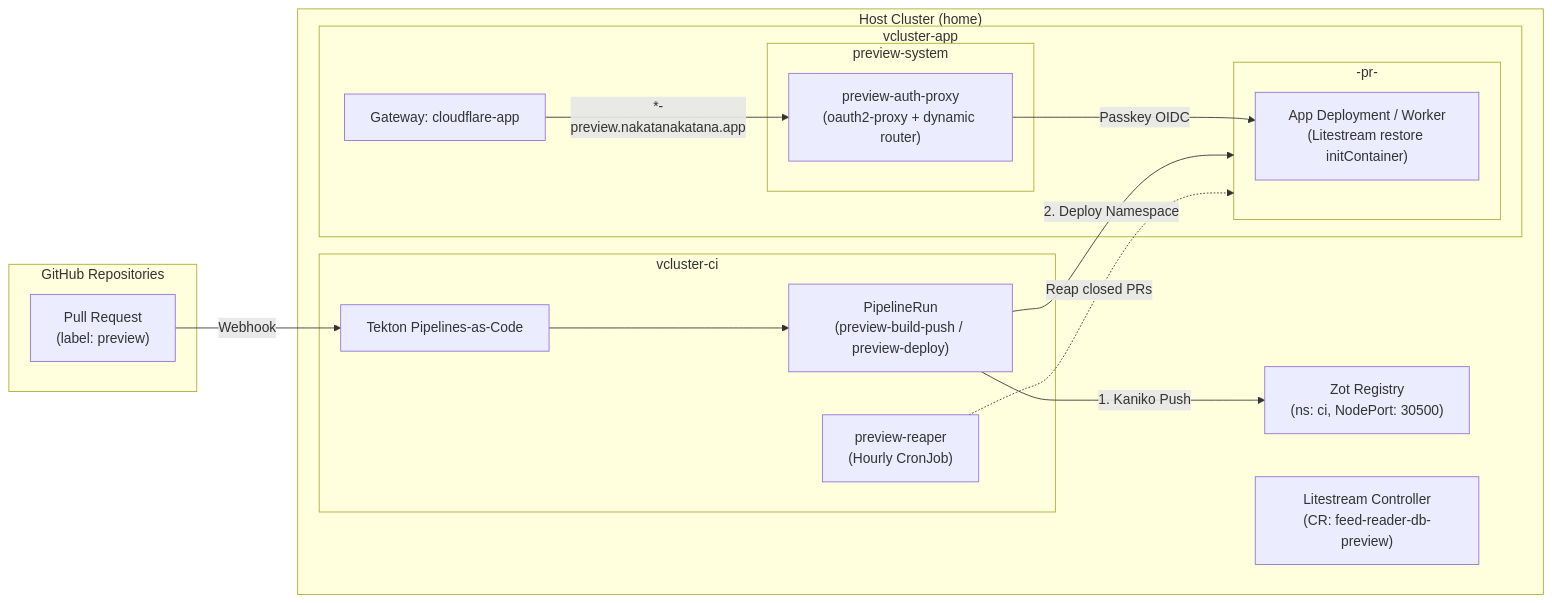
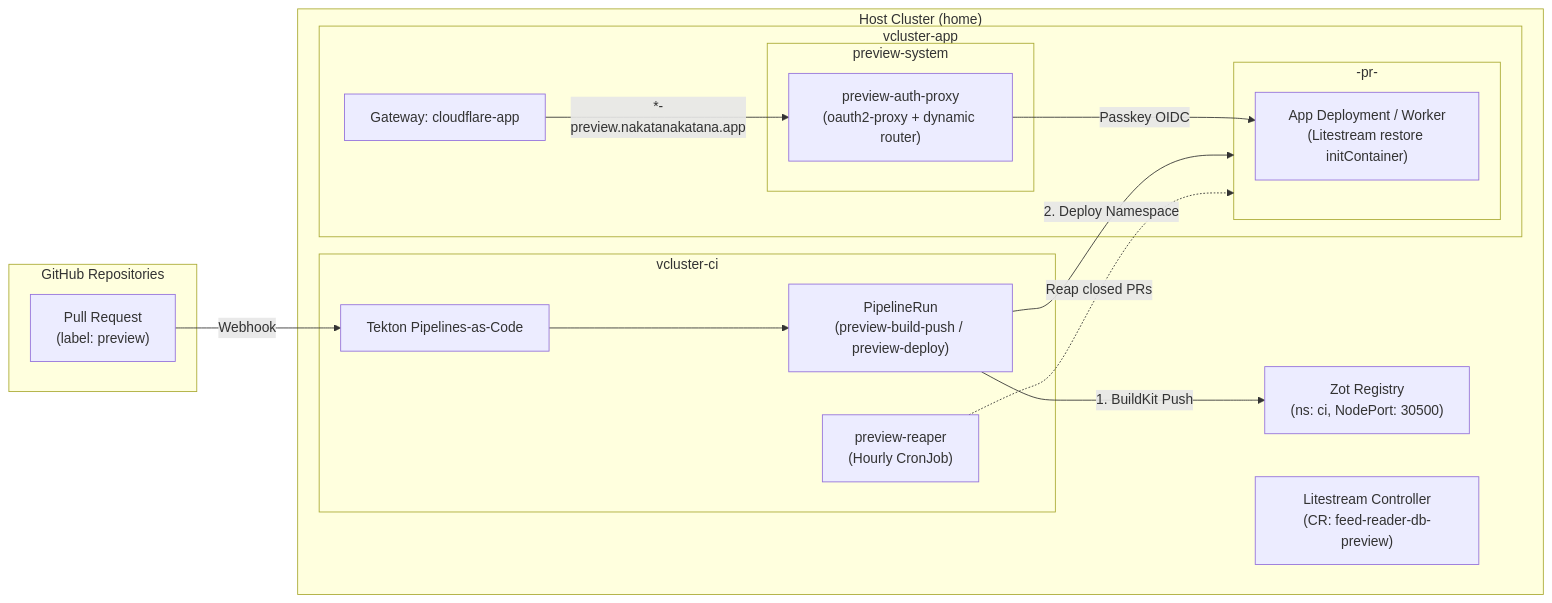
The diagram in docs/pr-preview-setup.md (nakatanakatana/x), drawn with Mermaid before and after one commit. The commit also changed other lines of this file and 1 other file, not shown here.

Commit message:
fix(preview): switch preview image build to BuildKit with temporary PVC

````diff
--- a/docs/pr-preview-setup.md
+++ b/docs/pr-preview-setup.md
@@ -11,35 +11,35 @@
 ```mermaid
 flowchart LR
   subgraph GitHub["GitHub Repositories"]
     PR["Pull Request<br/>(label: preview)"]
   end
 
   subgraph HostCluster["Host Cluster (home)"]
     Zot["Zot Registry<br/>(ns: ci, NodePort: 30500)"]
     Litestream["Litestream Controller<br/>(CR: feed-reader-db-preview)"]
 
     subgraph vclusterCI["vcluster-ci"]
       PaC["Tekton Pipelines-as-Code"]
       Pipeline["PipelineRun<br/>(preview-build-push / preview-deploy)"]
       Reaper["preview-reaper<br/>(Hourly CronJob)"]
     end
 
     subgraph vclusterApp["vcluster-app"]
       CFGateway["Gateway: cloudflare-app"]
       subgraph PreviewSystem["preview-system"]
         AuthProxy["preview-auth-proxy<br/>(oauth2-proxy + dynamic router)"]
       end
       subgraph PreviewNS["<app>-pr-<num>"]
         Workload["App Deployment / Worker<br/>(Litestream restore initContainer)"]
       end
     end
   end
 
   PR -- "Webhook" --> PaC
   PaC --> Pipeline
-  Pipeline -- "1. Kaniko Push" --> Zot
+  Pipeline -- "1. BuildKit Push" --> Zot
   Pipeline -- "2. Deploy Namespace" --> PreviewNS
   CFGateway -- "*-preview.nakatanakatana.app" --> AuthProxy
   AuthProxy -- "Passkey OIDC" --> Workload
   Reaper -. "Reap closed PRs" .-> PreviewNS
 ```
````
